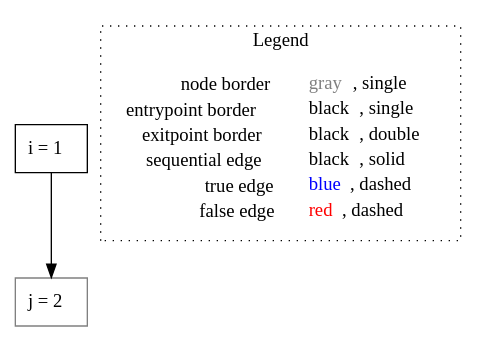
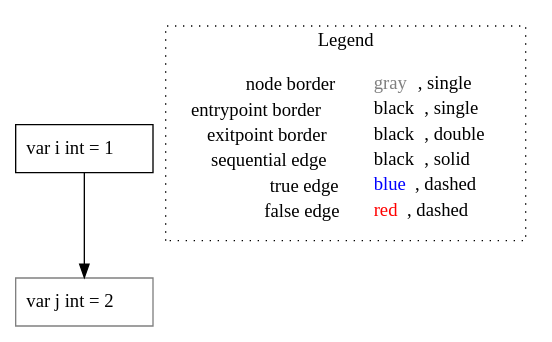
The diagram in go-lisa/test-outputs/cfg/decl/int_~LiSAProgram.simpleDecl(int_x,_int_y).dot (lisa-analyzer/go-lisa), drawn with Graphviz before and after one commit. The commit also changed 21 other files, not shown here.

```diff
--- a/go-lisa/test-outputs/cfg/decl/int_~LiSAProgram.simpleDecl(int_x,_int_y).dot
+++ b/go-lisa/test-outputs/cfg/decl/int_~LiSAProgram.simpleDecl(int_x,_int_y).dot
@@ -1,12 +1,12 @@
 digraph {
-	"node0" [shape="rect",color="black",label=<i = 1>];
-	"node1" [shape="rect",color="gray",label=<j = 2>];
+	"node0" [shape="rect",color="black",label=<var i int = 1>];
+	"node1" [shape="rect",color="gray",label=<var j int = 2>];
 	"node0" -> "node1" [color="black"];
 subgraph cluster_legend {
 	label="Legend";
 	style=dotted;
 	node [shape=plaintext];
 	"legend" [label=<<table border="0" cellpadding="2" cellspacing="0" cellborder="0"><tr><td align="right">node border&nbsp;</td><td align="left"><font color="gray">gray</font>, single</td></tr><tr><td align="right">entrypoint border&nbsp;</td><td align="left"><font color="black">black</font>, single</td></tr><tr><td align="right">exitpoint border&nbsp;</td><td align="left"><font color="black">black</font>, double</td></tr><tr><td align="right">sequential edge&nbsp;</td><td align="left"><font color="black">black</font>, solid</td></tr><tr><td align="right">true edge&nbsp;</td><td align="left"><font color="blue">blue</font>, dashed</td></tr><tr><td align="right">false edge&nbsp;</td><td align="left"><font color="red">red</font>, dashed</td></tr></table>>];
 }
 
 }
```
